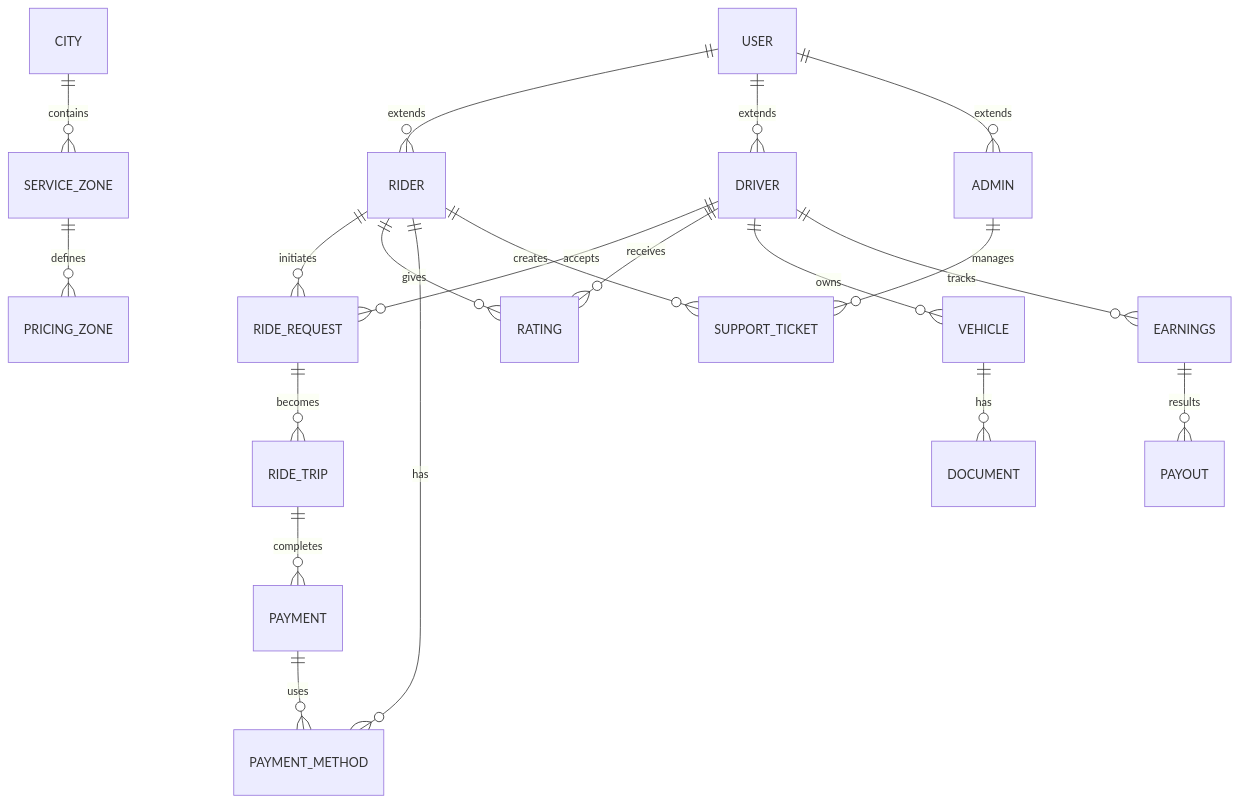
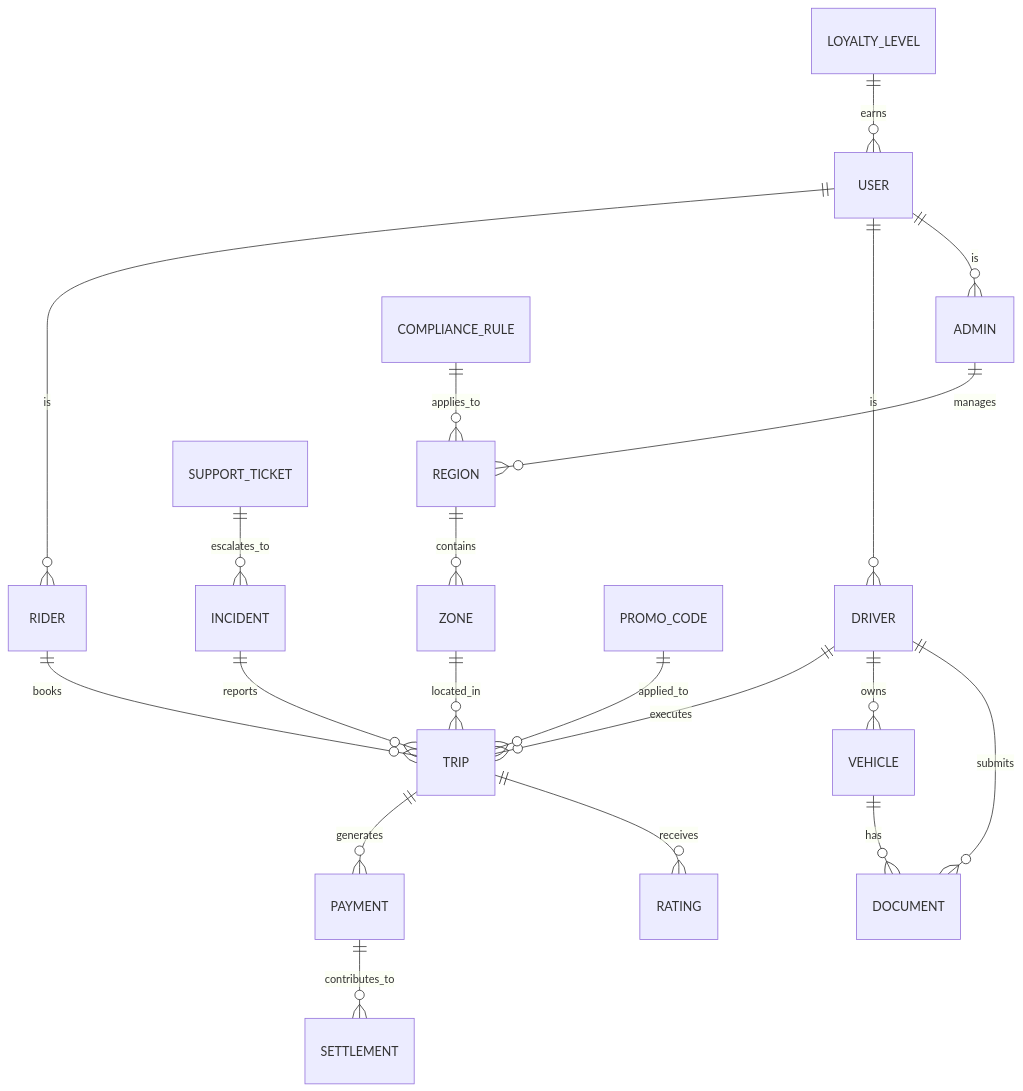
The fifth of 8 diagrams in srs.md (faizanMayo786/faizanMayo786), drawn with Mermaid before and after one commit. The commit also changed other lines of this file, not shown here.

````diff
--- a/srs.md
+++ b/srs.md
@@ -1988,30 +863,31 @@
 ```mermaid
 erDiagram
-    USER ||--o{ RIDER : extends
-    USER ||--o{ DRIVER : extends
-    USER ||--o{ ADMIN : extends
+    USER ||--o{ RIDER : is
+    USER ||--o{ DRIVER : is
+    USER ||--o{ ADMIN : is
     
-    RIDER ||--o{ RIDE_REQUEST : initiates
-    DRIVER ||--o{ RIDE_REQUEST : accepts
+    RIDER ||--o{ TRIP : books
+    DRIVER ||--o{ TRIP : executes
+    DRIVER ||--o{ VEHICLE : owns
     
-    RIDE_REQUEST ||--o{ RIDE_TRIP : becomes
-    RIDE_TRIP ||--o{ PAYMENT : completes
+    TRIP ||--o{ PAYMENT : generates
+    TRIP ||--o{ RATING : receives
     
-    RIDER ||--o{ RATING : gives
-    DRIVER ||--o{ RATING : receives
+    PAYMENT ||--o{ SETTLEMENT : contributes_to
     
-    DRIVER ||--o{ VEHICLE : owns
+    REGION ||--o{ ZONE : contains
+    ZONE ||--o{ TRIP : located_in
+    
+    COMPLIANCE_RULE ||--o{ REGION : applies_to
+    
+    ADMIN ||--o{ REGION : manages
+    
+    DRIVER ||--o{ DOCUMENT : submits
     VEHICLE ||--o{ DOCUMENT : has
     
-    RIDER ||--o{ PAYMENT_METHOD : has
-    PAYMENT ||--o{ PAYMENT_METHOD : uses
+    PROMO_CODE ||--o{ TRIP : applied_to
+    LOYALTY_LEVEL ||--o{ USER : earns
     
-    CITY ||--o{ SERVICE_ZONE : contains
-    SERVICE_ZONE ||--o{ PRICING_ZONE : defines
-    
-    ADMIN ||--o{ SUPPORT_TICKET : manages
-    RIDER ||--o{ SUPPORT_TICKET : creates
-    
-    DRIVER ||--o{ EARNINGS : tracks
-    EARNINGS ||--o{ PAYOUT : results
+    INCIDENT ||--o{ TRIP : reports
+    SUPPORT_TICKET ||--o{ INCIDENT : escalates_to
 ```
````
